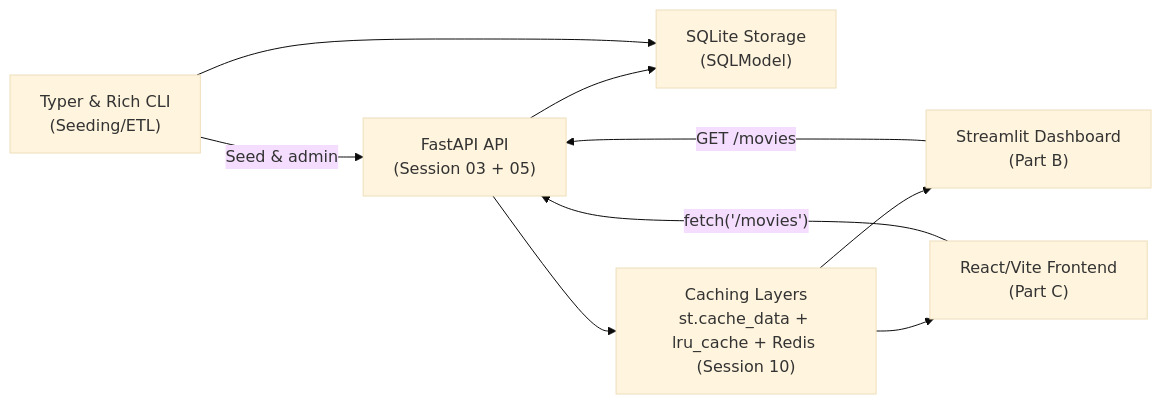
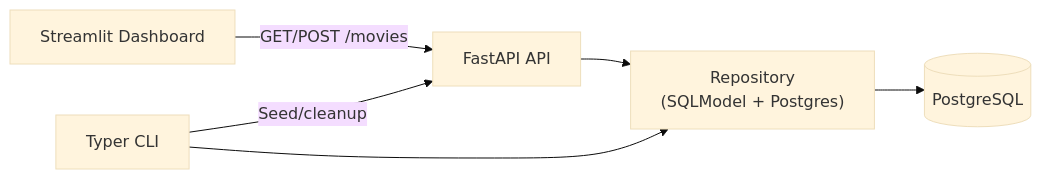
Before and after one commit to EASS-HIT-PART-A-2026-CLASS-IX/lecture-notes: the diagram in docs/sessions/session-06.md, drawn with Mermaid (base theme). The commit also changed other lines of this file and 4 other files, not shown here.

````diff
--- a/docs/sessions/session-06.md
+++ b/docs/sessions/session-06.md
@@ -39,18 +61,8 @@
 ```mermaid
 flowchart LR
-    API["FastAPI API\n(Session 03 + 05)"]
-    DB["SQLite Storage\n(SQLModel)"]
-    Streamlit["Streamlit Dashboard\n(Part B)"]
-    ReactApp["React/Vite Frontend\n(Part C)"]
-    Typer["Typer & Rich CLI\n(Seeding/ETL)"]
-    Cache["Caching Layers\nst.cache_data + lru_cache + Redis (Session 10)"]
-
-    Streamlit -->|"GET /movies"| API
-    ReactApp -->|"fetch('/movies')"| API
-    Typer -->|"Seed & admin"| API
-    API --> DB
-    Typer --> DB
-    API --> Cache
-    Cache --> Streamlit
-    Cache --> ReactApp
+    Streamlit["Streamlit Dashboard"] -->|"GET/POST /movies"| API["FastAPI API"]
+    API --> Repo["Repository\n(SQLModel + Postgres)"]
+    Repo --> DB[(PostgreSQL)]
+    TyperCLI["Typer CLI"] -->|"Seed/cleanup"| API
+    TyperCLI --> Repo
 ```
````
